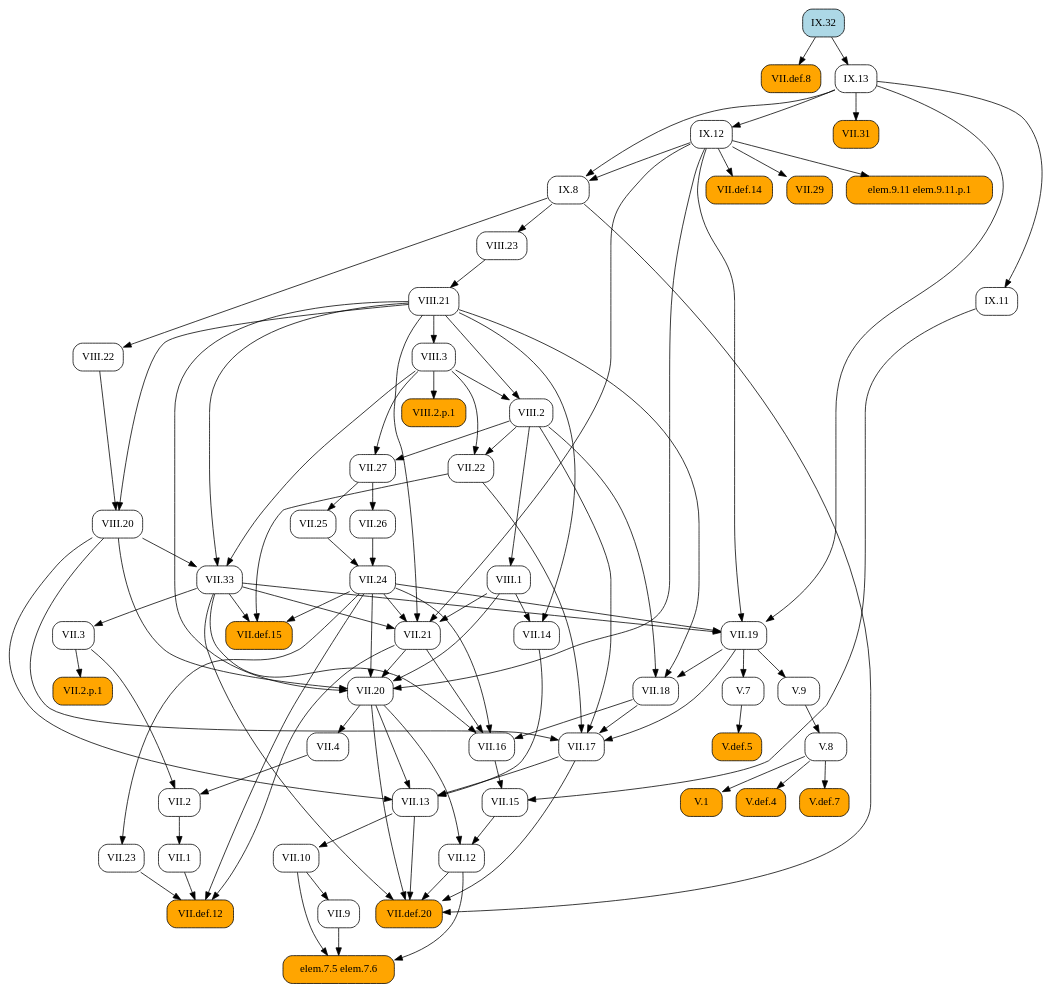
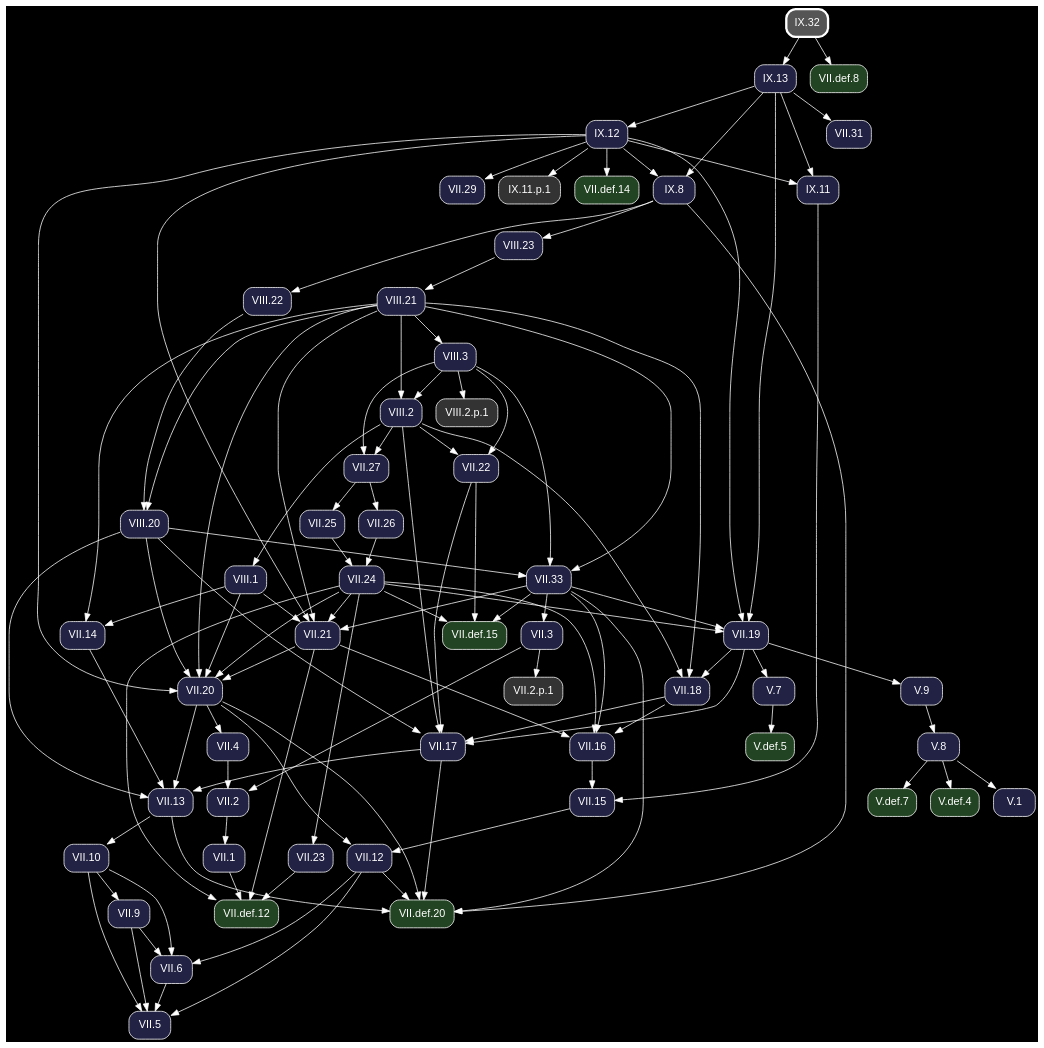
One commit to geometor/elements changed the diagram in docsrc/heath/IX/32/index.rst. Above: the diagram before and after it, drawn with Graphviz. The commit also changed other lines of this file and 1200 other files, not shown here.

Commit message:
update dependency graphs

```diff
--- a/docsrc/heath/IX/32/index.rst
+++ b/docsrc/heath/IX/32/index.rst
@@ -36,159 +36,167 @@
 .. graphviz::
 
    digraph {
+     bgcolor="black";
+     node [shape=box, style="rounded,filled", fontname="Helvetica", color="white", fontcolor="white"];
+     edge [color="white", fontcolor="white"];
      rankdir="TB";
-     node [shape=box, style=rounded];
-     "IX.8" [URL="/heath/IX/8/", target="_top"];
-     "VII.def.14" [style="rounded,filled", fillcolor=orange, URL="/heath/VII/def.14/", target="_top"];
-     "VII.12" [URL="/heath/VII/12/", target="_top"];
-     "elem.7.5 elem.7.6" [style="rounded,filled", fillcolor=orange];
-     "VIII.20" [URL="/heath/VIII/20/", target="_top"];
-     "VII.33" [URL="/heath/VII/33/", target="_top"];
-     "VII.9" [URL="/heath/VII/9/", target="_top"];
-     "IX.12" [URL="/heath/IX/12/", target="_top"];
-     "VII.def.8" [style="rounded,filled", fillcolor=orange, URL="/heath/VII/def.8/", target="_top"];
-     "VIII.2" [URL="/heath/VIII/2/", target="_top"];
-     "VII.18" [URL="/heath/VII/18/", target="_top"];
-     "VII.16" [URL="/heath/VII/16/", target="_top"];
-     "V.7" [URL="/heath/V/7/", target="_top"];
-     "VII.26" [URL="/heath/VII/26/", target="_top"];
-     "V.def.5" [style="rounded,filled", fillcolor=orange, URL="/heath/V/def.5/", target="_top"];
-     "V.9" [URL="/heath/V/9/", target="_top"];
-     "VII.10" [URL="/heath/VII/10/", target="_top"];
-     "VIII.3" [URL="/heath/VIII/3/", target="_top"];
-     "VII.13" [URL="/heath/VII/13/", target="_top"];
-     "VIII.23" [URL="/heath/VIII/23/", target="_top"];
-     "IX.32" [style="rounded,filled", fillcolor=lightblue, URL="/heath/IX/32/", target="_top"];
-     "VII.29" [style="rounded,filled", fillcolor=orange, URL="/heath/VII/29/", target="_top"];
-     "VII.31" [style="rounded,filled", fillcolor=orange, URL="/heath/VII/31/", target="_top"];
-     "elem.9.11 elem.9.11.p.1" [style="rounded,filled", fillcolor=orange];
-     "VII.def.15" [style="rounded,filled", fillcolor=orange, URL="/heath/VII/def.15/", target="_top"];
-     "IX.13" [URL="/heath/IX/13/", target="_top"];
-     "VII.17" [URL="/heath/VII/17/", target="_top"];
-     "VII.19" [URL="/heath/VII/19/", target="_top"];
-     "VIII.2.p.1" [style="rounded,filled", fillcolor=orange];
-     "VII.2" [URL="/heath/VII/2/", target="_top"];
-     "VII.def.20" [style="rounded,filled", fillcolor=orange, URL="/heath/VII/def.20/", target="_top"];
-     "VII.2.p.1" [style="rounded,filled", fillcolor=orange];
-     "VII.15" [URL="/heath/VII/15/", target="_top"];
-     "V.def.4" [style="rounded,filled", fillcolor=orange, URL="/heath/V/def.4/", target="_top"];
-     "VIII.22" [URL="/heath/VIII/22/", target="_top"];
-     "V.def.7" [style="rounded,filled", fillcolor=orange, URL="/heath/V/def.7/", target="_top"];
-     "VIII.21" [URL="/heath/VIII/21/", target="_top"];
-     "VII.14" [URL="/heath/VII/14/", target="_top"];
-     "VII.27" [URL="/heath/VII/27/", target="_top"];
-     "VII.21" [URL="/heath/VII/21/", target="_top"];
-     "VII.1" [URL="/heath/VII/1/", target="_top"];
-     "VII.22" [URL="/heath/VII/22/", target="_top"];
-     "IX.11" [URL="/heath/IX/11/", target="_top"];
-     "VIII.1" [URL="/heath/VIII/1/", target="_top"];
-     "V.8" [URL="/heath/V/8/", target="_top"];
-     "VII.25" [URL="/heath/VII/25/", target="_top"];
-     "VII.23" [URL="/heath/VII/23/", target="_top"];
-     "VII.4" [URL="/heath/VII/4/", target="_top"];
-     "VII.def.12" [style="rounded,filled", fillcolor=orange, URL="/heath/VII/def.12/", target="_top"];
-     "V.1" [style="rounded,filled", fillcolor=orange, URL="/heath/V/1/", target="_top"];
-     "VII.3" [URL="/heath/VII/3/", target="_top"];
-     "VII.24" [URL="/heath/VII/24/", target="_top"];
-     "VII.20" [URL="/heath/VII/20/", target="_top"];
-     "IX.12" -> "IX.8";
-     "IX.13" -> "IX.8";
-     "IX.12" -> "VII.def.14";
-     "VII.15" -> "VII.12";
-     "VII.20" -> "VII.12";
-     "VII.9" -> "elem.7.5 elem.7.6";
-     "VII.10" -> "elem.7.5 elem.7.6";
-     "VII.12" -> "elem.7.5 elem.7.6";
-     "VIII.21" -> "VIII.20";
-     "VIII.22" -> "VIII.20";
+     "V.def.5" [fillcolor="#224422", URL="/heath/V/def.5/", target="_top"];
+     "VII.33" [fillcolor="#222244", URL="/heath/VII/33/", target="_top"];
+     "VII.29" [fillcolor="#222244", URL="/heath/VII/29/", target="_top"];
+     "VII.18" [fillcolor="#222244", URL="/heath/VII/18/", target="_top"];
+     "VII.2" [fillcolor="#222244", URL="/heath/VII/2/", target="_top"];
+     "IX.12" [fillcolor="#222244", URL="/heath/IX/12/", target="_top"];
+     "VII.def.20" [fillcolor="#224422", URL="/heath/VII/def.20/", target="_top"];
+     "VIII.21" [fillcolor="#222244", URL="/heath/VIII/21/", target="_top"];
+     "VII.26" [fillcolor="#222244", URL="/heath/VII/26/", target="_top"];
+     "VII.1" [fillcolor="#222244", URL="/heath/VII/1/", target="_top"];
+     "VII.13" [fillcolor="#222244", URL="/heath/VII/13/", target="_top"];
+     "VIII.2.p.1" [fillcolor="#333333"];
+     "VII.27" [fillcolor="#222244", URL="/heath/VII/27/", target="_top"];
+     "VII.4" [fillcolor="#222244", URL="/heath/VII/4/", target="_top"];
+     "VII.25" [fillcolor="#222244", URL="/heath/VII/25/", target="_top"];
+     "IX.8" [fillcolor="#222244", URL="/heath/IX/8/", target="_top"];
+     "VIII.20" [fillcolor="#222244", URL="/heath/VIII/20/", target="_top"];
+     "VIII.22" [fillcolor="#222244", URL="/heath/VIII/22/", target="_top"];
+     "VII.21" [fillcolor="#222244", URL="/heath/VII/21/", target="_top"];
+     "VII.9" [fillcolor="#222244", URL="/heath/VII/9/", target="_top"];
+     "V.7" [fillcolor="#222244", URL="/heath/V/7/", target="_top"];
+     "IX.11.p.1" [fillcolor="#333333"];
+     "VII.12" [fillcolor="#222244", URL="/heath/VII/12/", target="_top"];
+     "V.9" [fillcolor="#222244", URL="/heath/V/9/", target="_top"];
+     "VII.17" [fillcolor="#222244", URL="/heath/VII/17/", target="_top"];
+     "VII.24" [fillcolor="#222244", URL="/heath/VII/24/", target="_top"];
+     "VII.22" [fillcolor="#222244", URL="/heath/VII/22/", target="_top"];
+     "VIII.2" [fillcolor="#222244", URL="/heath/VIII/2/", target="_top"];
+     "V.def.7" [fillcolor="#224422", URL="/heath/V/def.7/", target="_top"];
+     "VII.20" [fillcolor="#222244", URL="/heath/VII/20/", target="_top"];
+     "V.def.4" [fillcolor="#224422", URL="/heath/V/def.4/", target="_top"];
+     "VII.5" [fillcolor="#222244", URL="/heath/VII/5/", target="_top"];
+     "VIII.23" [fillcolor="#222244", URL="/heath/VIII/23/", target="_top"];
+     "VII.def.15" [fillcolor="#224422", URL="/heath/VII/def.15/", target="_top"];
+     "VIII.3" [fillcolor="#222244", URL="/heath/VIII/3/", target="_top"];
+     "IX.11" [fillcolor="#222244", URL="/heath/IX/11/", target="_top"];
+     "VII.2.p.1" [fillcolor="#333333"];
+     "VII.6" [fillcolor="#222244", URL="/heath/VII/6/", target="_top"];
+     "VII.16" [fillcolor="#222244", URL="/heath/VII/16/", target="_top"];
+     "VII.def.14" [fillcolor="#224422", URL="/heath/VII/def.14/", target="_top"];
+     "VII.15" [fillcolor="#222244", URL="/heath/VII/15/", target="_top"];
+     "V.1" [fillcolor="#222244", URL="/heath/V/1/", target="_top"];
+     "VII.10" [fillcolor="#222244", URL="/heath/VII/10/", target="_top"];
+     "VII.23" [fillcolor="#222244", URL="/heath/VII/23/", target="_top"];
+     "VII.def.12" [fillcolor="#224422", URL="/heath/VII/def.12/", target="_top"];
+     "VII.19" [fillcolor="#222244", URL="/heath/VII/19/", target="_top"];
+     "VIII.1" [fillcolor="#222244", URL="/heath/VIII/1/", target="_top"];
+     "V.8" [fillcolor="#222244", URL="/heath/V/8/", target="_top"];
+     "IX.13" [fillcolor="#222244", URL="/heath/IX/13/", target="_top"];
+     "VII.3" [fillcolor="#222244", URL="/heath/VII/3/", target="_top"];
+     "VII.def.8" [fillcolor="#224422", URL="/heath/VII/def.8/", target="_top"];
+     "IX.32" [penwidth=3, color="white", fillcolor="#555555", URL="/heath/IX/32/", target="_top"];
+     "VII.31" [fillcolor="#222244", URL="/heath/VII/31/", target="_top"];
+     "VII.14" [fillcolor="#222244", URL="/heath/VII/14/", target="_top"];
+     "V.7" -> "V.def.5";
      "VIII.3" -> "VII.33";
      "VIII.20" -> "VII.33";
      "VIII.21" -> "VII.33";
-     "VII.10" -> "VII.9";
-     "IX.13" -> "IX.12";
-     "IX.32" -> "VII.def.8";
-     "VIII.3" -> "VIII.2";
-     "VIII.21" -> "VIII.2";
+     "IX.12" -> "VII.29";
      "VII.19" -> "VII.18";
      "VIII.2" -> "VII.18";
      "VIII.21" -> "VII.18";
-     "VII.18" -> "VII.16";
-     "VII.21" -> "VII.16";
-     "VII.24" -> "VII.16";
-     "VII.33" -> "VII.16";
-     "VII.19" -> "V.7";
-     "VII.27" -> "VII.26";
-     "V.7" -> "V.def.5";
-     "VII.19" -> "V.9";
-     "VII.13" -> "VII.10";
-     "VIII.21" -> "VIII.3";
-     "VII.14" -> "VII.13";
-     "VII.17" -> "VII.13";
-     "VII.20" -> "VII.13";
-     "VIII.20" -> "VII.13";
-     "IX.8" -> "VIII.23";
-     "IX.12" -> "VII.29";
-     "IX.13" -> "VII.31";
-     "IX.12" -> "elem.9.11 elem.9.11.p.1";
-     "VII.22" -> "VII.def.15";
-     "VII.24" -> "VII.def.15";
-     "VII.33" -> "VII.def.15";
-     "IX.32" -> "IX.13";
-     "VII.18" -> "VII.17";
-     "VII.19" -> "VII.17";
-     "VII.22" -> "VII.17";
-     "VIII.2" -> "VII.17";
-     "VIII.20" -> "VII.17";
-     "VII.24" -> "VII.19";
-     "VII.33" -> "VII.19";
-     "IX.12" -> "VII.19";
-     "IX.13" -> "VII.19";
-     "VIII.3" -> "VIII.2.p.1";
      "VII.3" -> "VII.2";
      "VII.4" -> "VII.2";
+     "IX.13" -> "IX.12";
      "VII.12" -> "VII.def.20";
      "VII.13" -> "VII.def.20";
      "VII.17" -> "VII.def.20";
      "VII.20" -> "VII.def.20";
      "VII.33" -> "VII.def.20";
      "IX.8" -> "VII.def.20";
-     "VII.3" -> "VII.2.p.1";
-     "VII.16" -> "VII.15";
-     "IX.11" -> "VII.15";
-     "V.8" -> "V.def.4";
-     "IX.8" -> "VIII.22";
-     "V.8" -> "V.def.7";
      "VIII.23" -> "VIII.21";
-     "VIII.1" -> "VII.14";
-     "VIII.21" -> "VII.14";
+     "VII.27" -> "VII.26";
+     "VII.2" -> "VII.1";
+     "VII.14" -> "VII.13";
+     "VII.17" -> "VII.13";
+     "VII.20" -> "VII.13";
+     "VIII.20" -> "VII.13";
+     "VIII.3" -> "VIII.2.p.1";
      "VIII.2" -> "VII.27";
      "VIII.3" -> "VII.27";
+     "VII.20" -> "VII.4";
+     "VII.27" -> "VII.25";
+     "IX.12" -> "IX.8";
+     "IX.13" -> "IX.8";
+     "VIII.21" -> "VIII.20";
+     "VIII.22" -> "VIII.20";
+     "IX.8" -> "VIII.22";
      "VII.24" -> "VII.21";
      "VII.33" -> "VII.21";
      "VIII.1" -> "VII.21";
      "VIII.21" -> "VII.21";
      "IX.12" -> "VII.21";
-     "VII.2" -> "VII.1";
+     "VII.10" -> "VII.9";
+     "VII.19" -> "V.7";
+     "IX.12" -> "IX.11.p.1";
+     "VII.15" -> "VII.12";
+     "VII.20" -> "VII.12";
+     "VII.19" -> "V.9";
+     "VII.18" -> "VII.17";
+     "VII.19" -> "VII.17";
+     "VII.22" -> "VII.17";
+     "VIII.2" -> "VII.17";
+     "VIII.20" -> "VII.17";
+     "VII.25" -> "VII.24";
+     "VII.26" -> "VII.24";
      "VIII.2" -> "VII.22";
      "VIII.3" -> "VII.22";
-     "IX.13" -> "IX.11";
-     "VIII.2" -> "VIII.1";
-     "V.9" -> "V.8";
-     "VII.27" -> "VII.25";
-     "VII.24" -> "VII.23";
-     "VII.20" -> "VII.4";
-     "VII.1" -> "VII.def.12";
-     "VII.21" -> "VII.def.12";
-     "VII.23" -> "VII.def.12";
-     "VII.24" -> "VII.def.12";
-     "V.8" -> "V.1";
-     "VII.33" -> "VII.3";
-     "VII.25" -> "VII.24";
-     "VII.26" -> "VII.24";
+     "VIII.3" -> "VIII.2";
+     "VIII.21" -> "VIII.2";
+     "V.8" -> "V.def.7";
      "VII.21" -> "VII.20";
      "VII.24" -> "VII.20";
      "VIII.1" -> "VII.20";
      "VIII.20" -> "VII.20";
      "VIII.21" -> "VII.20";
      "IX.12" -> "VII.20";
+     "V.8" -> "V.def.4";
+     "VII.6" -> "VII.5";
+     "VII.9" -> "VII.5";
+     "VII.10" -> "VII.5";
+     "VII.12" -> "VII.5";
+     "IX.8" -> "VIII.23";
+     "VII.22" -> "VII.def.15";
+     "VII.24" -> "VII.def.15";
+     "VII.33" -> "VII.def.15";
+     "VIII.21" -> "VIII.3";
+     "IX.12" -> "IX.11";
+     "IX.13" -> "IX.11";
+     "VII.3" -> "VII.2.p.1";
+     "VII.9" -> "VII.6";
+     "VII.10" -> "VII.6";
+     "VII.12" -> "VII.6";
+     "VII.18" -> "VII.16";
+     "VII.21" -> "VII.16";
+     "VII.24" -> "VII.16";
+     "VII.33" -> "VII.16";
+     "IX.12" -> "VII.def.14";
+     "VII.16" -> "VII.15";
+     "IX.11" -> "VII.15";
+     "V.8" -> "V.1";
+     "VII.13" -> "VII.10";
+     "VII.24" -> "VII.23";
+     "VII.1" -> "VII.def.12";
+     "VII.21" -> "VII.def.12";
+     "VII.23" -> "VII.def.12";
+     "VII.24" -> "VII.def.12";
+     "VII.24" -> "VII.19";
+     "VII.33" -> "VII.19";
+     "IX.12" -> "VII.19";
+     "IX.13" -> "VII.19";
+     "VIII.2" -> "VIII.1";
+     "V.9" -> "V.8";
+     "IX.32" -> "IX.13";
+     "VII.33" -> "VII.3";
+     "IX.32" -> "VII.def.8";
+     "IX.13" -> "VII.31";
+     "VIII.1" -> "VII.14";
+     "VIII.21" -> "VII.14";
    }
```
